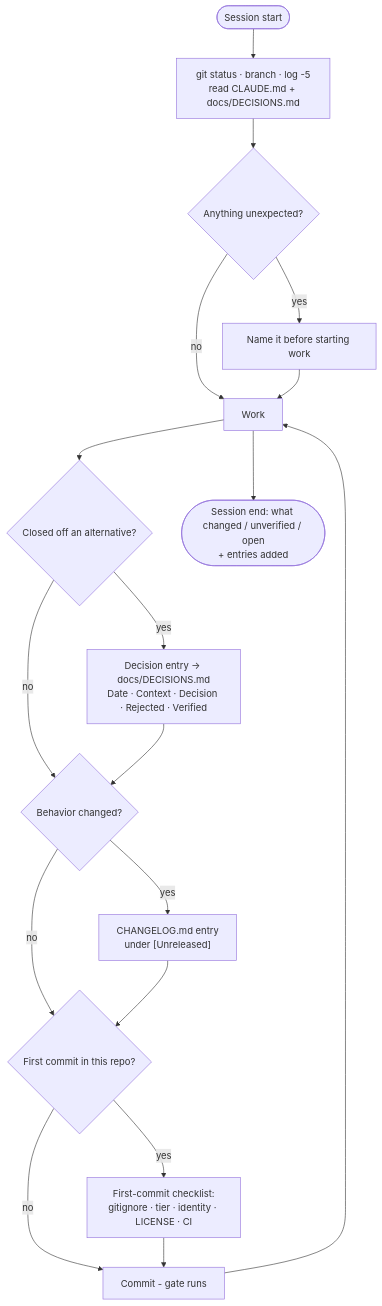
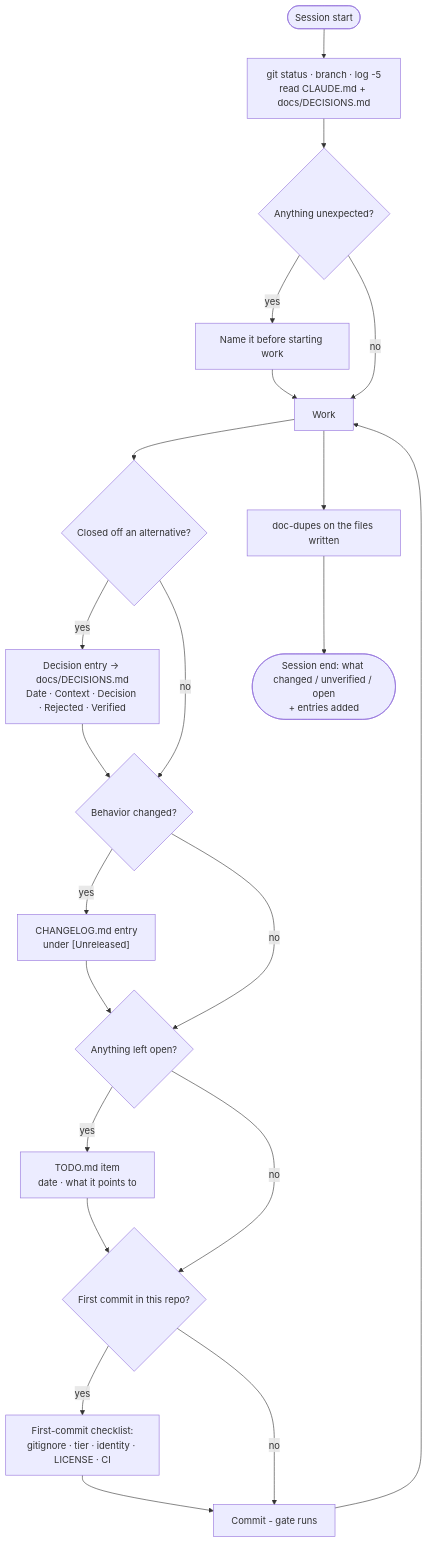
Before and after one commit to pieteradejong/dotfiles: the diagram in claude/dev-CLAUDE.md, drawn with Mermaid. The commit also changed other lines of this file and 17 other files, not shown here.

````diff
--- a/claude/dev-CLAUDE.md
+++ b/claude/dev-CLAUDE.md
@@ -84,20 +99,24 @@
 ```mermaid
 flowchart TD
     S([Session start]) --> O["git status · branch · log -5<br/>read CLAUDE.md + docs/DECISIONS.md"]
     O --> N{Anything unexpected?}
     N -- yes --> R[Name it before starting work]
     N -- no --> W[Work]
     R --> W
     W --> D{Closed off an alternative?}
     D -- yes --> L["Decision entry → docs/DECISIONS.md<br/>Date · Context · Decision · Rejected · Verified"]
     D -- no --> B{Behavior changed?}
     L --> B
     B -- yes --> CH["CHANGELOG.md entry<br/>under [Unreleased]"]
-    B -- no --> C{First commit in this repo?}
-    CH --> C
+    B -- no --> T{Anything left open?}
+    CH --> T
+    T -- yes --> TD["TODO.md item<br/>date · what it points to"]
+    T -- no --> C{First commit in this repo?}
+    TD --> C
     C -- yes --> G["First-commit checklist:<br/>gitignore · tier · identity · LICENSE · CI"]
     C -- no --> K[Commit - gate runs]
     G --> K
     K --> W
-    W --> E(["Session end: what changed / unverified / open<br/>+ entries added"])
+    W --> DD["doc-dupes on the files written"]
+    DD --> E(["Session end: what changed / unverified / open<br/>+ entries added"])
 ```
````
